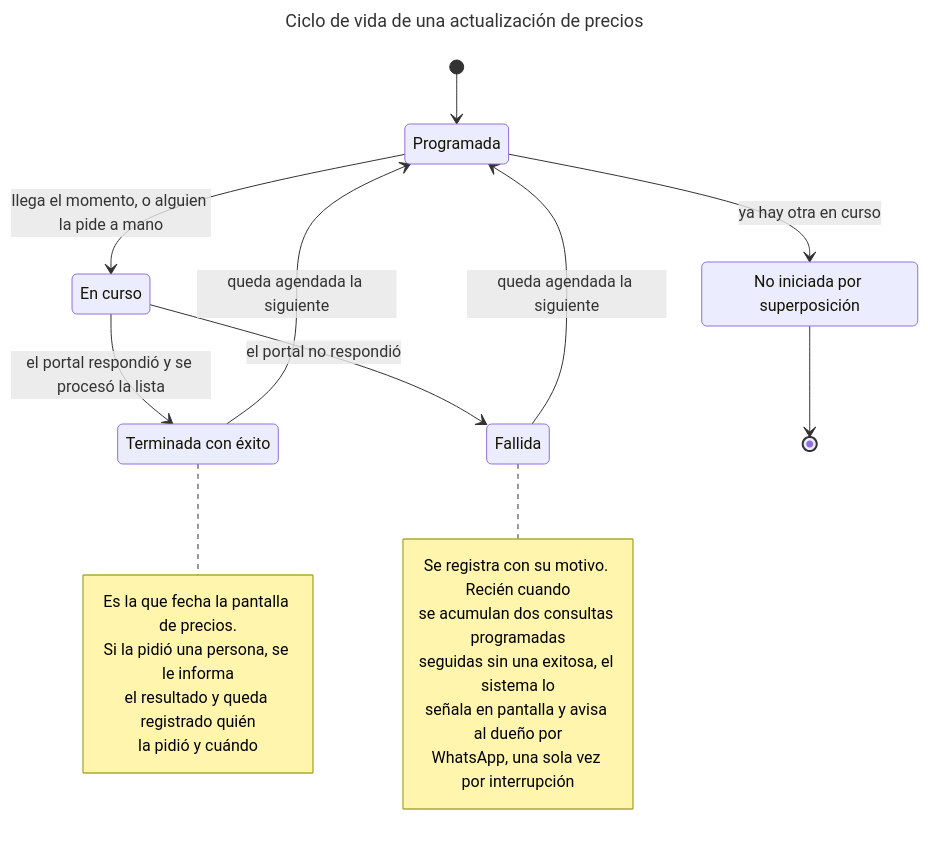
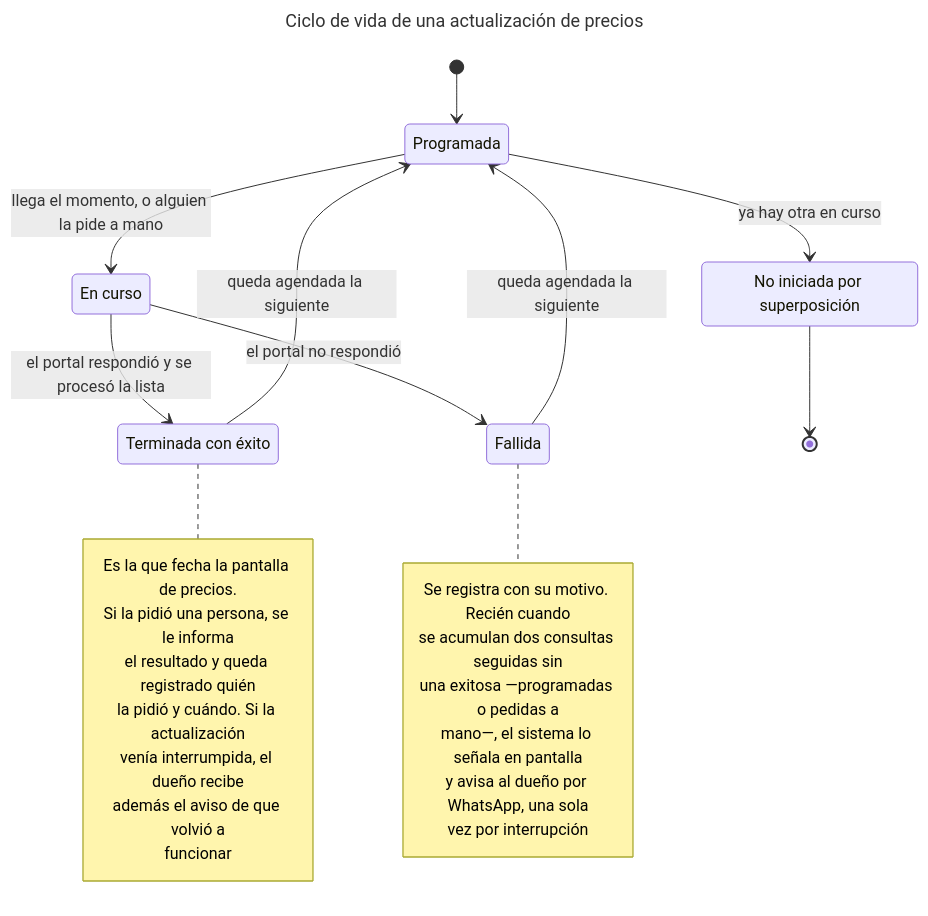
The diagram in docs/specs/001-price-list-update/diagrams/estados-actualizacion.mmd (leandrocarriego/prueba-tecnica-fde-archytas), drawn with Mermaid before and after one commit. The commit also changed 91 other files, not shown here.

```diff
--- a/docs/specs/001-price-list-update/diagrams/estados-actualizacion.mmd
+++ b/docs/specs/001-price-list-update/diagrams/estados-actualizacion.mmd
@@ -1,33 +1,37 @@
 ---
 title: Ciclo de vida de una actualización de precios
 ---
 stateDiagram-v2
     state "Programada" as Programada
     state "En curso" as EnCurso
     state "No iniciada por superposición" as Rechazada
     state "Terminada con éxito" as Exitosa
     state "Fallida" as Fallida
 
     [*] --> Programada
     Programada --> EnCurso: llega el momento, o alguien la pide a mano
     Programada --> Rechazada: ya hay otra en curso
     EnCurso --> Exitosa: el portal respondió y se procesó la lista
     EnCurso --> Fallida: el portal no respondió
     Exitosa --> Programada: queda agendada la siguiente
     Fallida --> Programada: queda agendada la siguiente
     Rechazada --> [*]
 
     note right of Exitosa
         Es la que fecha la pantalla de precios.
         Si la pidió una persona, se le informa
         el resultado y queda registrado quién
-        la pidió y cuándo
+        la pidió y cuándo. Si la actualización
+        venía interrumpida, el dueño recibe
+        además el aviso de que volvió a
+        funcionar
     end note
 
     note right of Fallida
         Se registra con su motivo. Recién cuando
-        se acumulan dos consultas programadas
-        seguidas sin una exitosa, el sistema lo
-        señala en pantalla y avisa al dueño por
-        WhatsApp, una sola vez por interrupción
+        se acumulan dos consultas seguidas sin
+        una exitosa —programadas o pedidas a
+        mano—, el sistema lo señala en pantalla
+        y avisa al dueño por WhatsApp, una sola
+        vez por interrupción
     end note
```
